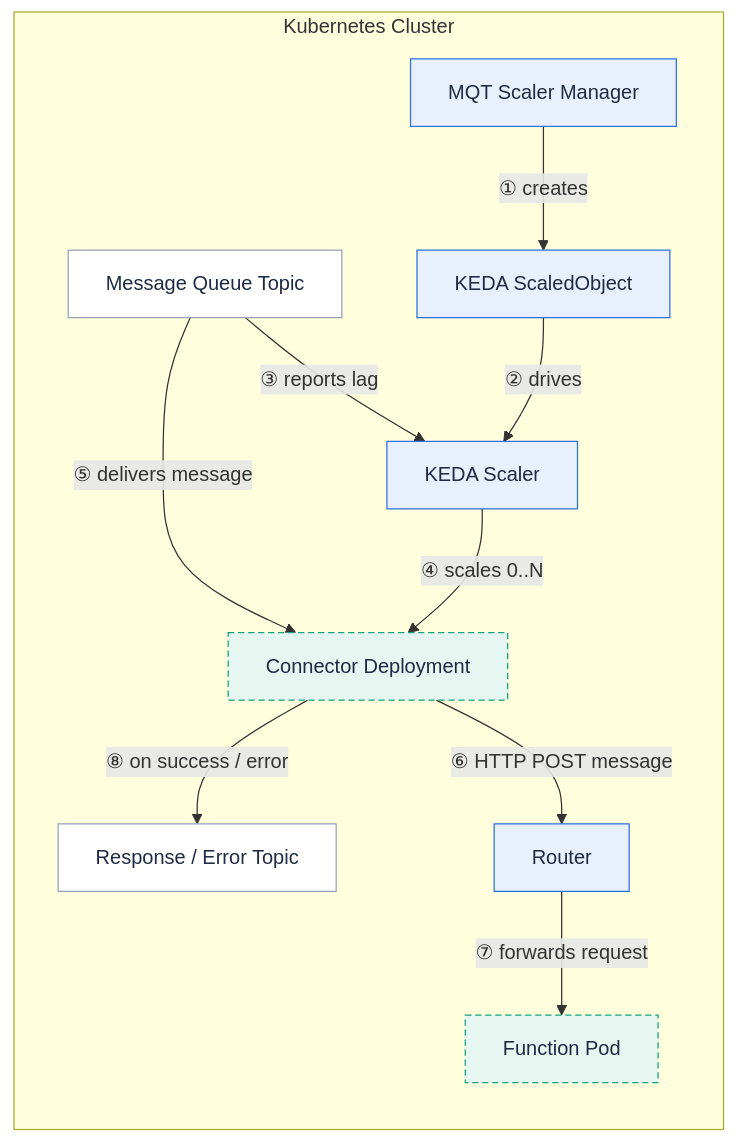
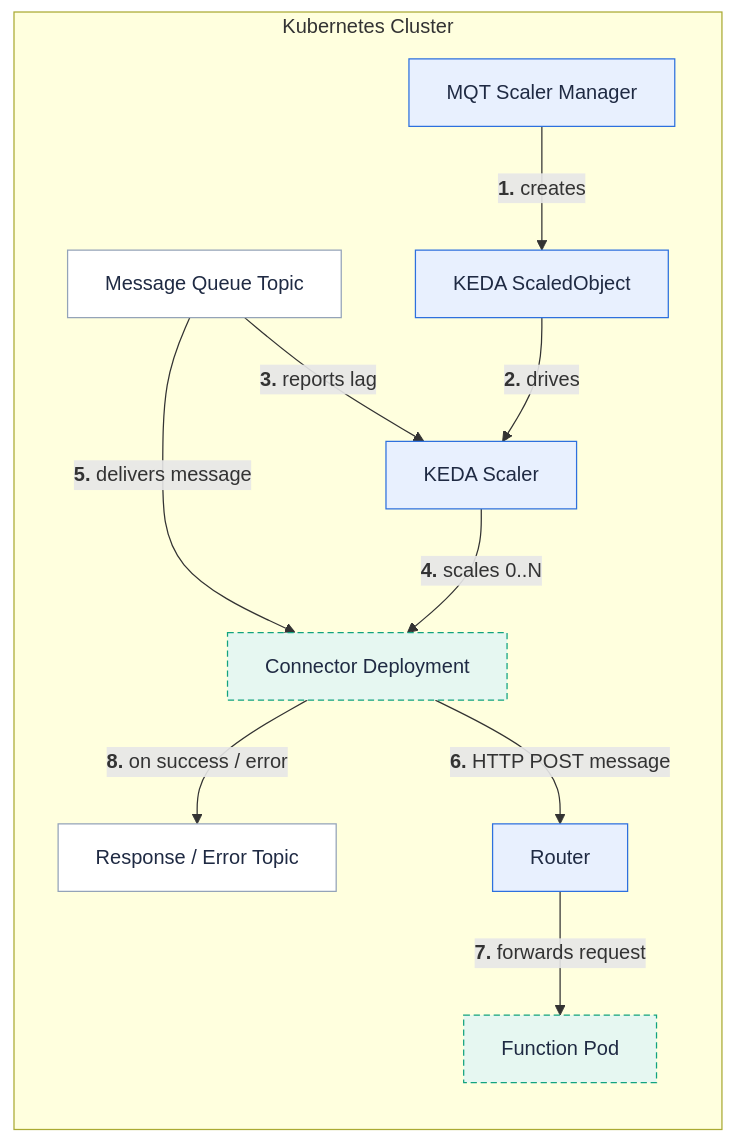
Before and after one commit to fission/fission.io: the diagram in content/en/docs/architecture/message-queue-trigger.md, drawn with Mermaid. The commit also changed 23 other files, not shown here.

First line of the commit message:
Make diagrams readable inline: compact TB layouts, bold crimson step numbers

````diff
--- a/content/en/docs/architecture/message-queue-trigger.md
+++ b/content/en/docs/architecture/message-queue-trigger.md
@@ -21,20 +21,20 @@
 ```mermaid
 flowchart LR
-  queue["Message Queue Topic"] -->|"③ reports lag"| scaler["KEDA Scaler"]
+  queue["Message Queue Topic"] -->|"<b>3.</b> reports lag"| scaler["KEDA Scaler"]
   subgraph k8s["Kubernetes Cluster"]
-    mqt["MQT Scaler Manager"] -->|"① creates"| scaledobject["KEDA ScaledObject"]
-    scaledobject -->|"② drives"| scaler
-    scaler -->|"④ scales 0..N"| connector["Connector Deployment"]
-    queue -->|"⑤ delivers message"| connector
-    connector -->|"⑥ HTTP POST message"| router["Router"]
-    router -->|"⑦ forwards request"| fnPod["Function Pod"]
-    connector -->|"⑧ on success / error"| respTopics["Response / Error Topic"]
+    mqt["MQT Scaler Manager"] -->|"<b>1.</b> creates"| scaledobject["KEDA ScaledObject"]
+    scaledobject -->|"<b>2.</b> drives"| scaler
+    scaler -->|"<b>4.</b> scales 0..N"| connector["Connector Deployment"]
+    queue -->|"<b>5.</b> delivers message"| connector
+    connector -->|"<b>6.</b> HTTP POST message"| router["Router"]
+    router -->|"<b>7.</b> forwards request"| fnPod["Function Pod"]
+    connector -->|"<b>8.</b> on success / error"| respTopics["Response / Error Topic"]
   end
 
   class queue,respTopics user
   class mqt,scaledobject,scaler,router fission
   class connector,fnPod pod
   classDef user fill:#ffffff,stroke:#94a3b8,color:#1f2a43
   classDef fission fill:#e8f0fe,stroke:#2d70de,color:#1f2a43
   classDef pod fill:#e6f7f1,stroke:#11a37f,color:#1f2a43,stroke-dasharray:5 3
 ```
````
